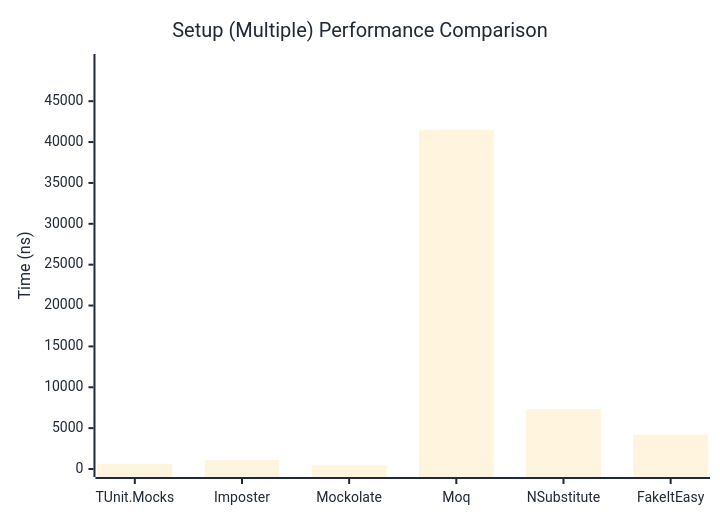
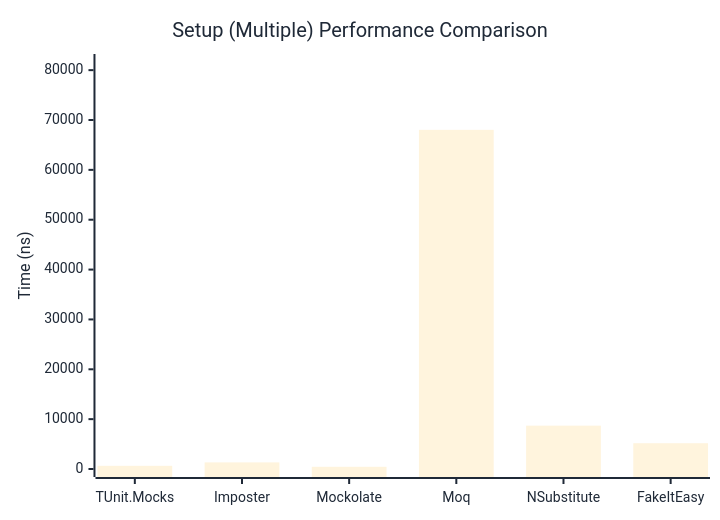
One commit to thomhurst/TUnit changed the second of 2 diagrams in docs/docs/benchmarks/mocks/Setup.md. Above: the diagram before and after it, drawn with Mermaid. The commit also changed other lines of this file and 14 other files, not shown here.

````diff
--- a/docs/docs/benchmarks/mocks/Setup.md
+++ b/docs/docs/benchmarks/mocks/Setup.md
@@ -71,27 +71,27 @@
 ```mermaid
 %%{init: {
   'theme':'base',
   'themeVariables': {
     'primaryColor': '#2563eb',
     'primaryTextColor': '#1f2937',
     'primaryBorderColor': '#1e40af',
     'lineColor': '#6b7280',
     'secondaryColor': '#7c3aed',
     'tertiaryColor': '#dc2626',
     'background': '#ffffff',
     'pie1': '#2563eb',
     'pie2': '#7c3aed',
     'pie3': '#dc2626',
     'pie4': '#f59e0b',
     'pie5': '#10b981',
     'pie6': '#06b6d4',
     'pie7': '#ec4899',
     'pie8': '#6366f1'
   }
 }}%%
 xychart-beta
   title "Setup (Multiple) Performance Comparison"
   x-axis ["TUnit.Mocks", "Imposter", "Mockolate", "Moq", "NSubstitute", "FakeItEasy"]
-  y-axis "Time (ns)" 0 --> 49796
-  bar [646.8, 1081.8, 436.4, 41496.1, 7324.3, 4219.3]
+  y-axis "Time (ns)" 0 --> 81634
+  bar [636.5, 1328.1, 442.1, 68027.6, 8695.7, 5168.4]
 ```
````
